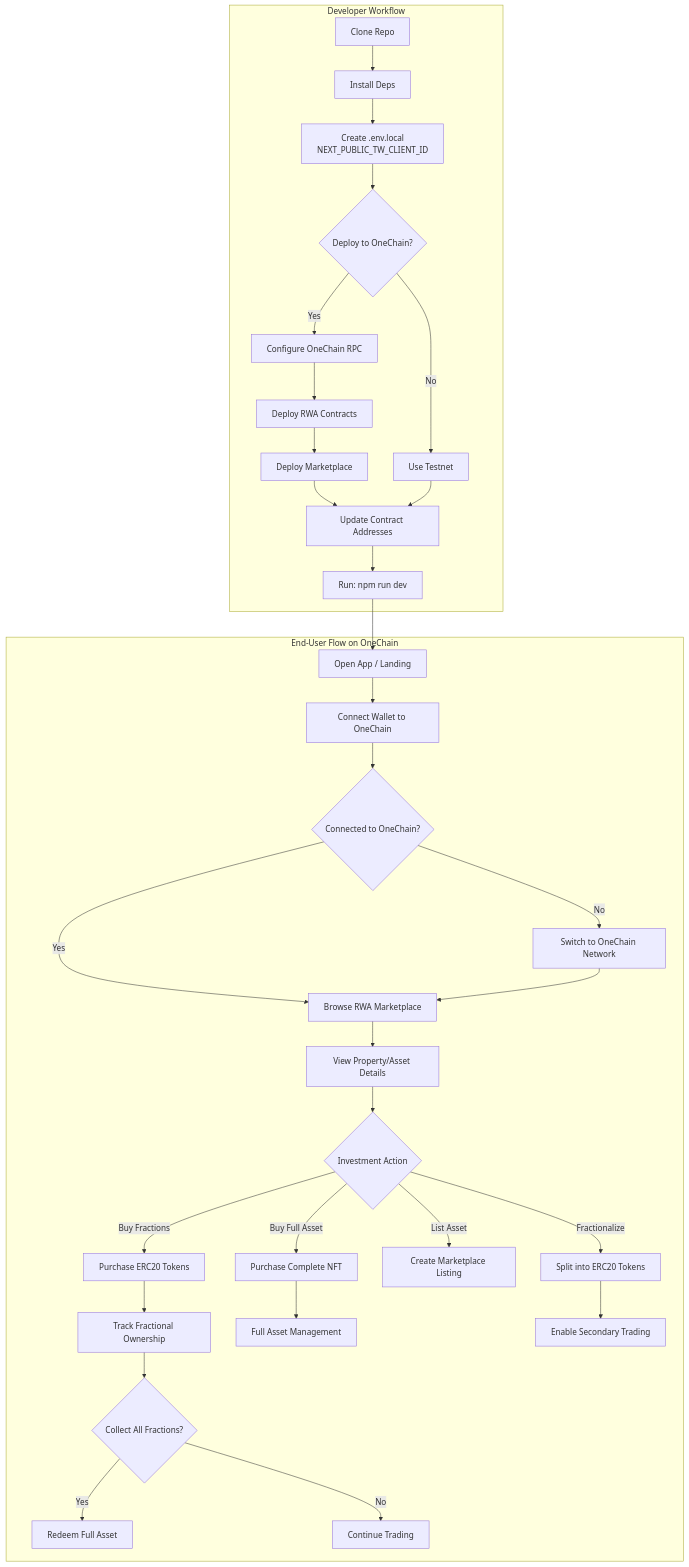
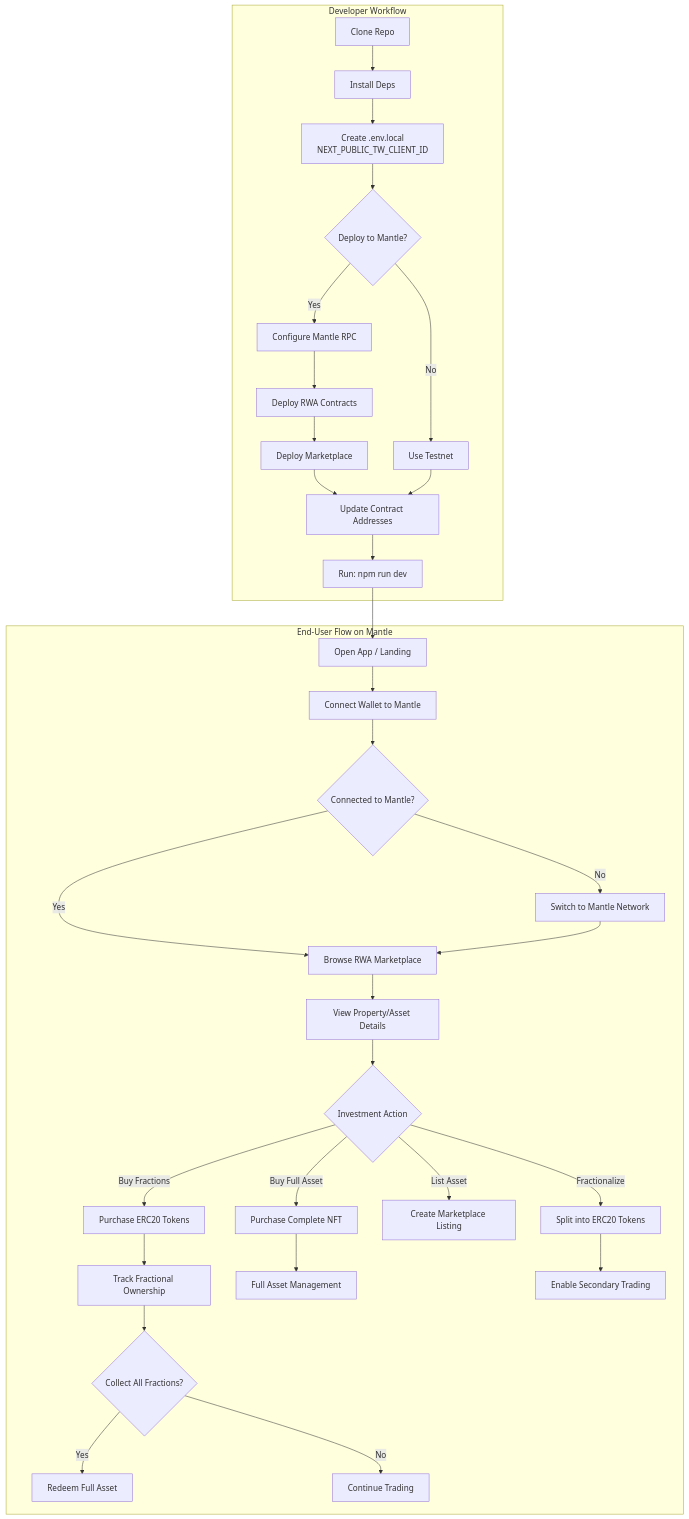
Before and after one commit to RWA-Exchange/RWA-Exchange-Mantle: the third of 3 diagrams in README.md, drawn with Mermaid. The commit also changed other lines of this file and 92 other files, not shown here.

Commit message:
mantle network

````diff
--- a/README.md
+++ b/README.md
@@ -450,38 +450,38 @@
 ```mermaid
 flowchart TD
   subgraph Dev[Developer Workflow]
     A[Clone Repo] --> B[Install Deps]
     B --> C[Create .env.local\nNEXT_PUBLIC_TW_CLIENT_ID]
-    C --> D{Deploy to OneChain?}
-    D -- Yes --> E[Configure OneChain RPC]
+    C --> D{Deploy to Mantle?}
+    D -- Yes --> E[Configure Mantle RPC]
     E --> F[Deploy RWA Contracts]
     F --> G[Deploy Marketplace]
     D -- No --> H[Use Testnet]
     G --> I[Update Contract Addresses]
     H --> I
     I --> J[Run: npm run dev]
   end
 
-  subgraph User[End-User Flow on OneChain]
-    K[Open App / Landing] --> L[Connect Wallet to OneChain]
-    L --> M{Connected to OneChain?}
+  subgraph User[End-User Flow on Mantle]
+    K[Open App / Landing] --> L[Connect Wallet to Mantle]
+    L --> M{Connected to Mantle?}
     M -- Yes --> N[Browse RWA Marketplace]
-    M -- No --> O[Switch to OneChain Network]
+    M -- No --> O[Switch to Mantle Network]
     O --> N
     N --> P[View Property/Asset Details]
     P --> Q{Investment Action}
     Q -- Buy Fractions --> R[Purchase ERC20 Tokens]
     Q -- Buy Full Asset --> S[Purchase Complete NFT]
     Q -- List Asset --> T[Create Marketplace Listing]
     Q -- Fractionalize --> U[Split into ERC20 Tokens]
     
     R --> V[Track Fractional Ownership]
     S --> W[Full Asset Management]
     U --> X[Enable Secondary Trading]
     V --> Y{Collect All Fractions?}
     Y -- Yes --> Z[Redeem Full Asset]
     Y -- No --> AA[Continue Trading]
   end
 
   J --> K
 ```
````
